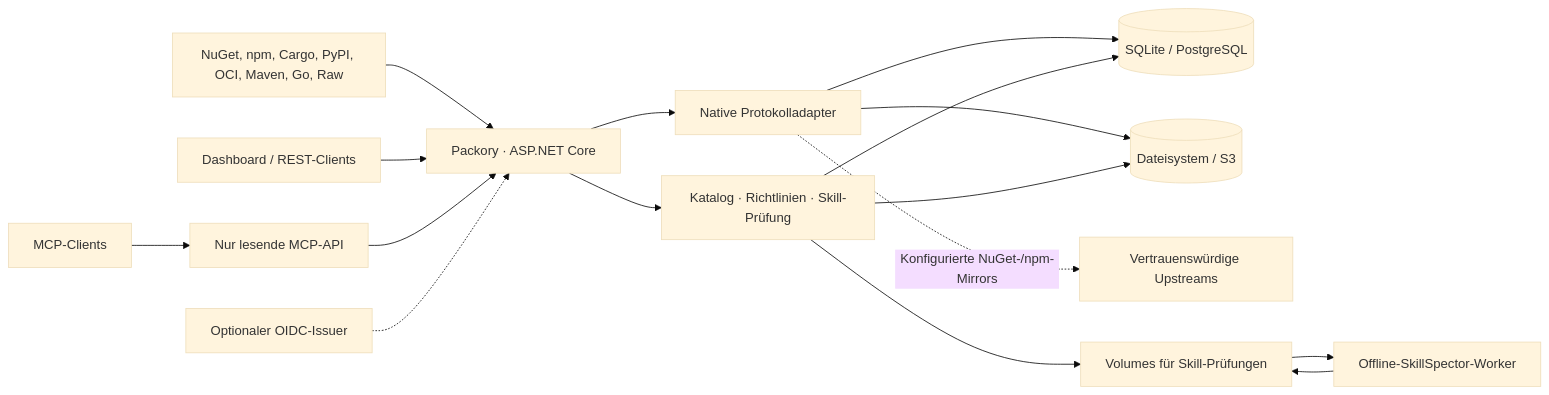
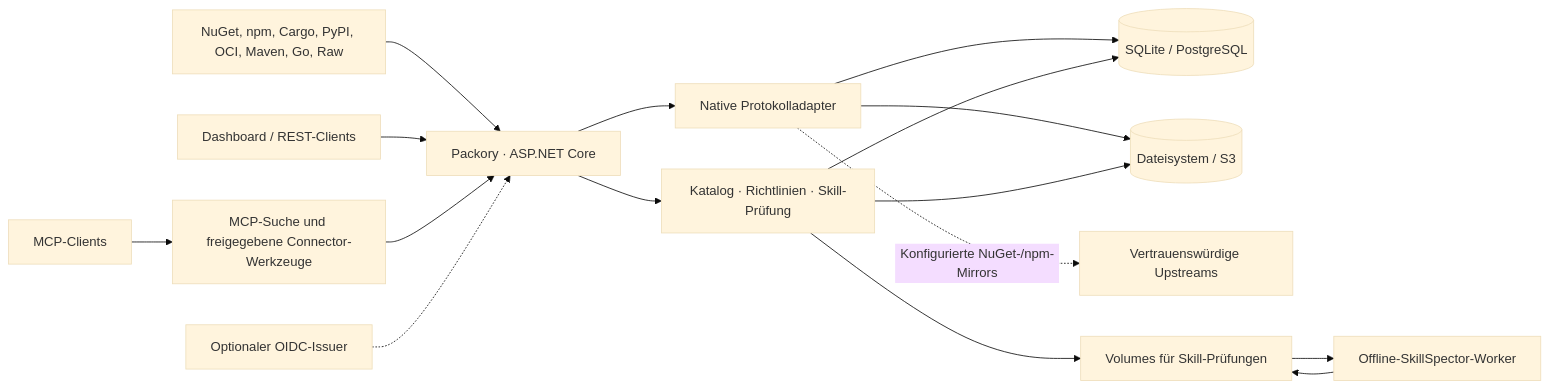
One commit to Cenn0/Packory changed the diagram in README.de.md. Above: the diagram before and after it, drawn with Mermaid (base theme). The commit also changed other lines of this file and 47 other files, not shown here.

````diff
--- a/README.de.md
+++ b/README.de.md
@@ -107,18 +109,18 @@
 ```mermaid
 flowchart LR
     Native["NuGet, npm, Cargo, PyPI, OCI, Maven, Go, Raw"] --> App["Packory · ASP.NET Core"]
     Browser["Dashboard / REST-Clients"] --> App
-    MCP["MCP-Clients"] --> API["Nur lesende MCP-API"]
+    MCP["MCP-Clients"] --> API["MCP-Suche und freigegebene Connector-Werkzeuge"]
     API --> App
     OIDC["Optionaler OIDC-Issuer"] -.-> App
     App --> Registry["Native Protokolladapter"]
     App --> Core["Katalog · Richtlinien · Skill-Prüfung"]
     Registry --> DB[("SQLite / PostgreSQL")]
     Core --> DB
     Registry --> Blob[("Dateisystem / S3")]
     Core --> Blob
     Registry -. "Konfigurierte NuGet-/npm-Mirrors" .-> Upstream["Vertrauenswürdige Upstreams"]
     Core --> Exchange["Volumes für Skill-Prüfungen"]
     Exchange --> Scanner["Offline-SkillSpector-Worker"]
     Scanner --> Exchange
 ```
````
